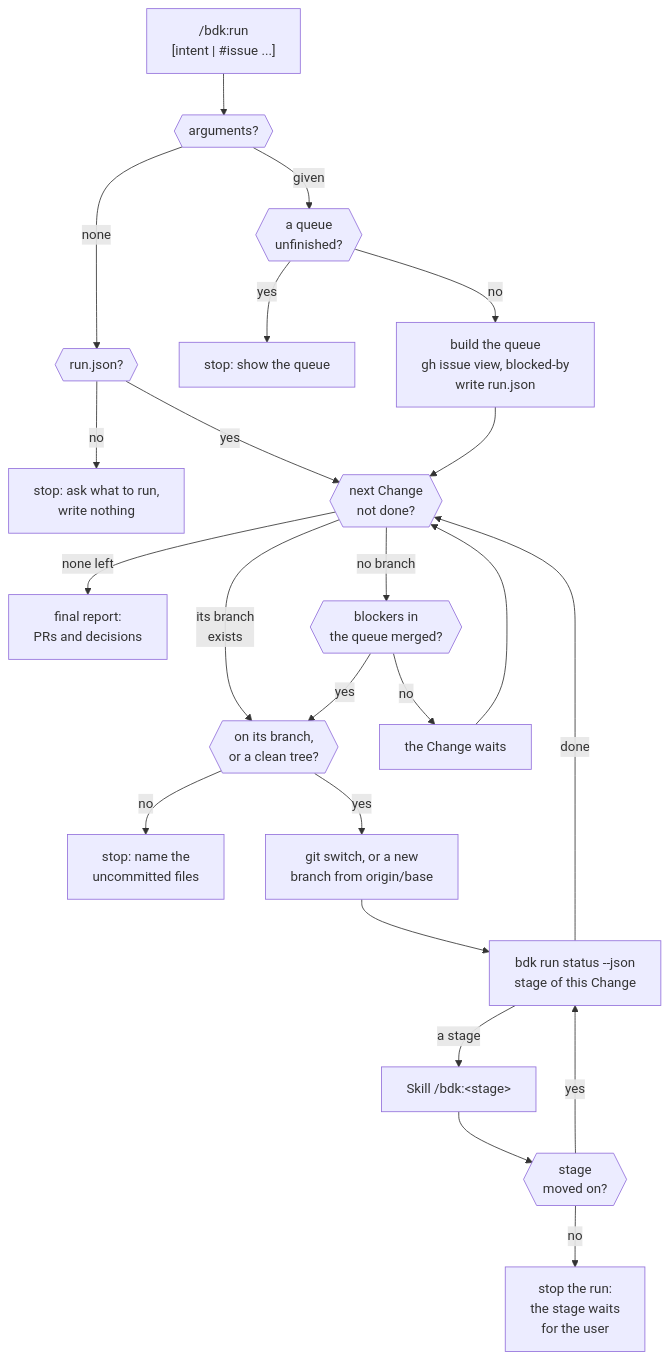
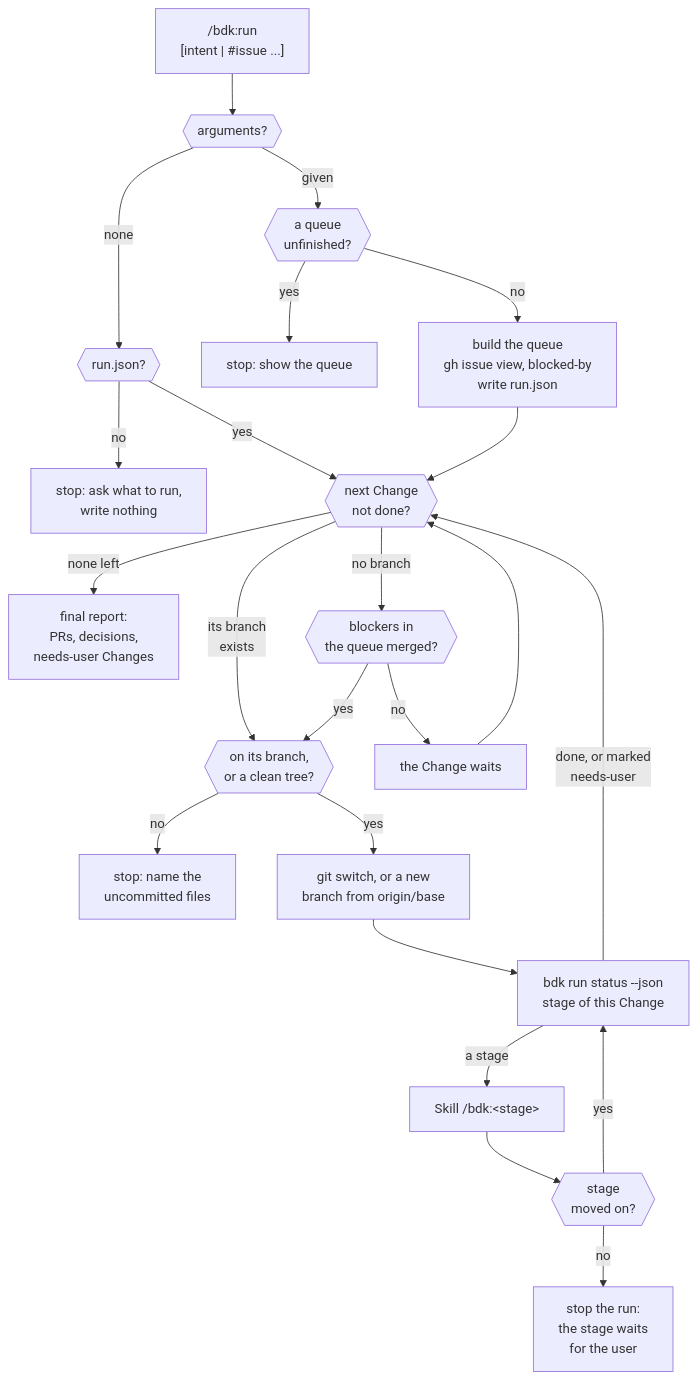
The third of 3 diagrams in docs/concepts/workflow.md (broneq/bdk), drawn with Mermaid before and after one commit. The commit also changed other lines of this file and 117 other files, not shown here.

````diff
--- a/docs/concepts/workflow.md
+++ b/docs/concepts/workflow.md
@@ -65,26 +66,26 @@
 ```mermaid
 flowchart TB
   A["/bdk:run<br/>[intent | #issue ...]"] --> ARGS{{"arguments?"}}
   ARGS -->|"none"| RJ{{"run.json?"}}
   RJ -->|"no"| ASK["stop: ask what to run,<br/>write nothing"]
   RJ -->|"yes"| NEXT
   ARGS -->|"given"| UNF{{"a queue<br/>unfinished?"}}
   UNF -->|"yes"| STOP1["stop: show the queue"]
   UNF -->|"no"| BUILD["build the queue<br/>gh issue view, blocked-by<br/>write run.json"]
   BUILD --> NEXT
   NEXT{{"next Change<br/>not done?"}}
-  NEXT -->|"none left"| FINAL["final report:<br/>PRs and decisions"]
+  NEXT -->|"none left"| FINAL["final report:<br/>PRs, decisions,<br/>needs-user Changes"]
   NEXT -->|"its branch<br/>exists"| CLEAN
   NEXT -->|"no branch"| BLK{{"blockers in<br/>the queue merged?"}}
   BLK -->|"no"| WAIT["the Change waits"] --> NEXT
   BLK -->|"yes"| CLEAN{{"on its branch,<br/>or a clean tree?"}}
   CLEAN -->|"no"| STOP3["stop: name the<br/>uncommitted files"]
   CLEAN -->|"yes"| SW["git switch, or a new<br/>branch from origin/base"]
   SW --> ST
   ST["bdk run status --json<br/>stage of this Change"]
-  ST -->|"done"| NEXT
+  ST -->|"done, or marked<br/>needs-user"| NEXT
   ST -->|"a stage"| CALL["Skill /bdk:&lt;stage&gt;"]
   CALL --> MOVED{{"stage<br/>moved on?"}}
   MOVED -->|"yes"| ST
   MOVED -->|"no"| STOP2["stop the run:<br/>the stage waits<br/>for the user"]
 ```
````
